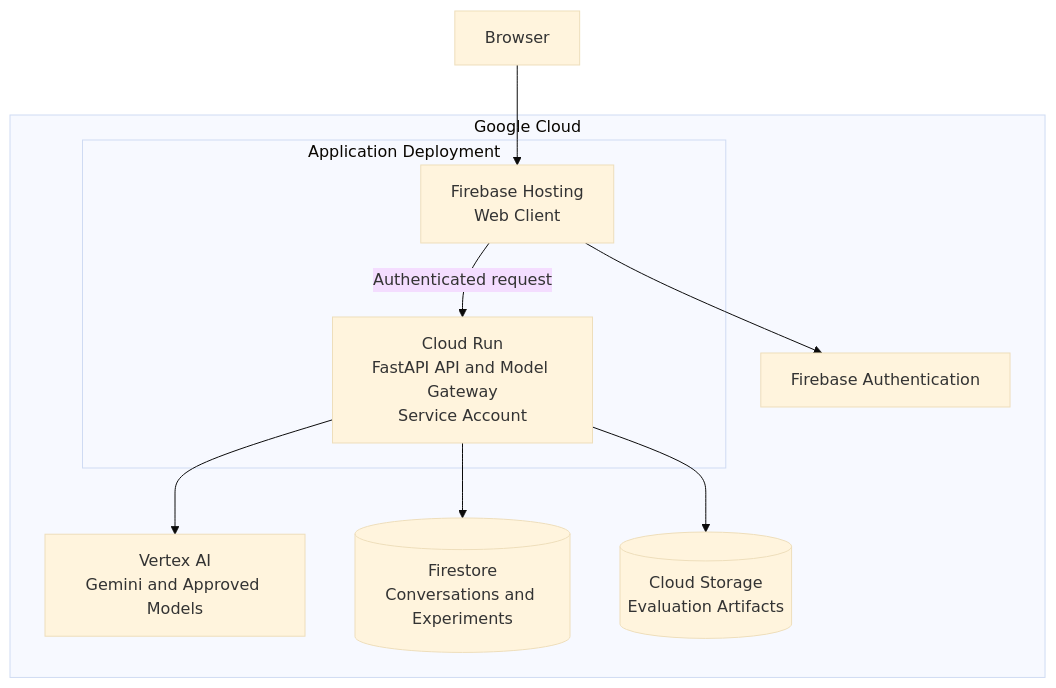
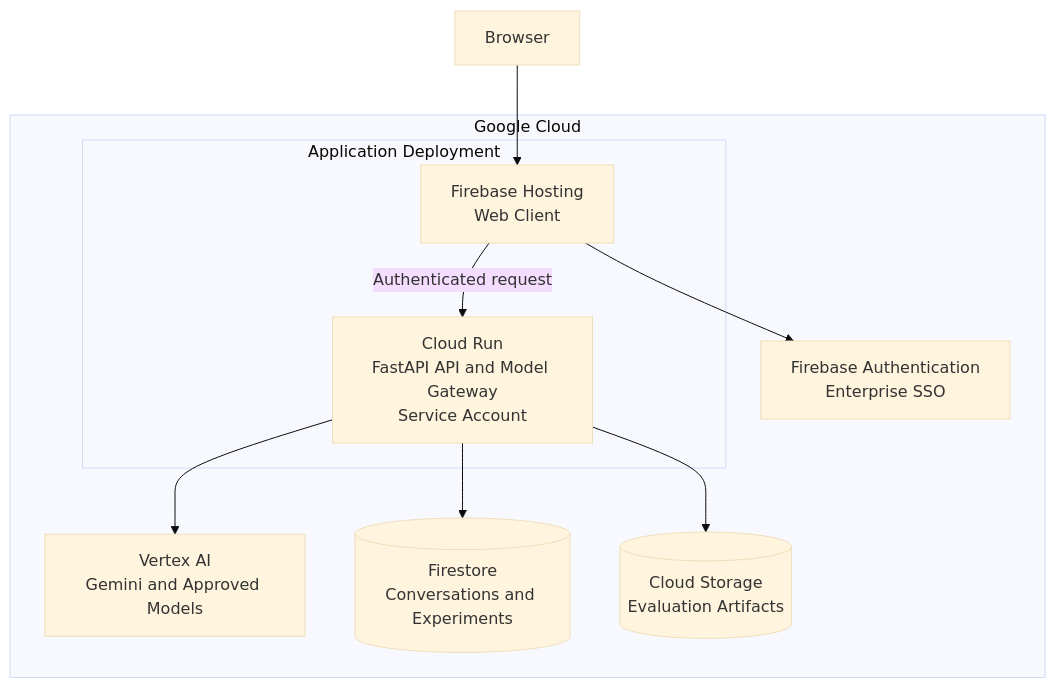
Before and after one commit to fmlin0429712024/LLM-Playground: the diagram in docs/architecture.md, drawn with Mermaid (base theme). The commit also changed other lines of this file and 1 other file, not shown here.

Commit message:
Document enterprise SSO boundary

````diff
--- a/docs/architecture.md
+++ b/docs/architecture.md
@@ -5,22 +5,22 @@
 ```mermaid
 flowchart TB
     BROWSER[Browser]
 
     subgraph CLOUD[Google Cloud]
         subgraph APP[Application Deployment]
             UI[Firebase Hosting<br/>Web Client]
             API[Cloud Run<br/>FastAPI API and Model Gateway<br/>Service Account]
         end
-        AUTH[Firebase Authentication]
+        AUTH[Firebase Authentication<br/>Enterprise SSO]
         MODEL[Vertex AI<br/>Gemini and Approved Models]
         DATA[(Firestore<br/>Conversations and Experiments)]
         FILES[(Cloud Storage<br/>Evaluation Artifacts)]
     end
 
     BROWSER --> UI
     UI --> AUTH
     UI -->|Authenticated request| API
     API --> MODEL
     API --> DATA
     API --> FILES
 ```
````
